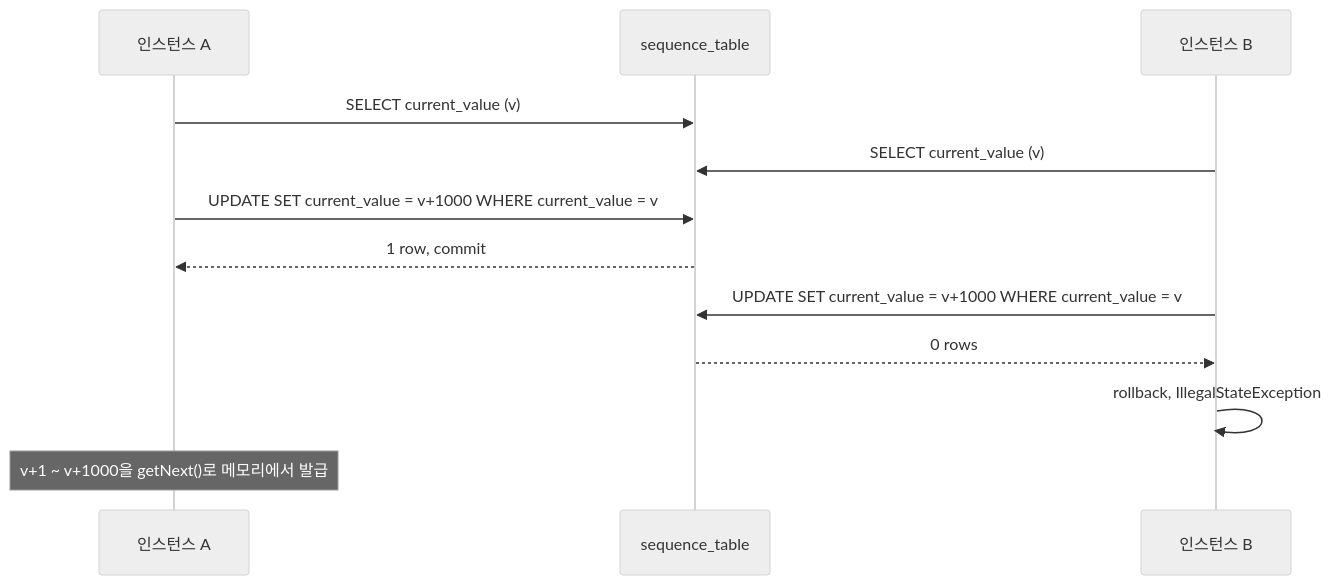
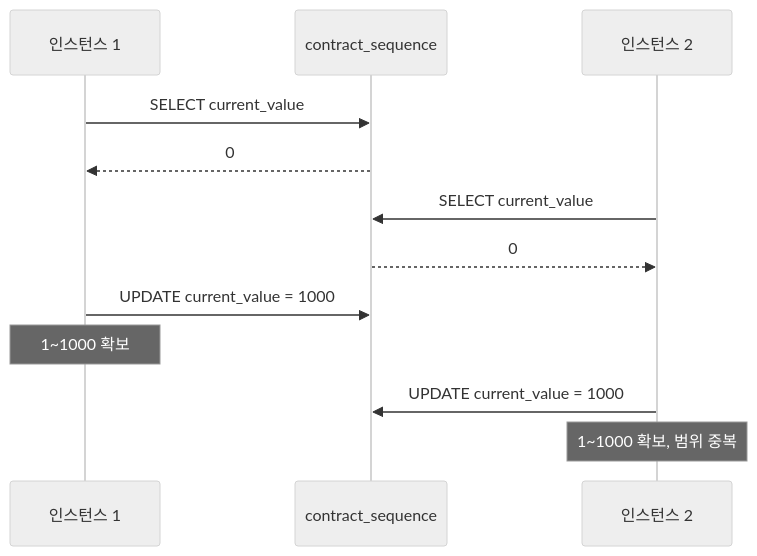
The third of 4 diagrams in _posts/notes/common/2025-05-22-legacy-jsp-system-refactoring-2.md (polynomeer/polynomeer.github.io), drawn with Mermaid (neutral theme) before and after one commit. The commit also changed other lines of this file, not shown here.

Commit message:
docs(notes): rewrite mcp revamp part 2 on the recorded sequence fix

````diff
--- a/_posts/notes/common/2025-05-22-legacy-jsp-system-refactoring-2.md
+++ b/_posts/notes/common/2025-05-22-legacy-jsp-system-refactoring-2.md
@@ -167,14 +145,14 @@
 ```mermaid
 sequenceDiagram
-    participant A as 인스턴스 A
-    participant DB as sequence_table
-    participant B as 인스턴스 B
-    A->>DB: SELECT current_value (v)
-    B->>DB: SELECT current_value (v)
-    A->>DB: UPDATE SET current_value = v+1000 WHERE current_value = v
-    DB-->>A: 1 row, commit
-    B->>DB: UPDATE SET current_value = v+1000 WHERE current_value = v
-    DB-->>B: 0 rows
-    B->>B: rollback, IllegalStateException
-    Note over A: v+1 ~ v+1000을 getNext()로 메모리에서 발급
+    participant I1 as 인스턴스 1
+    participant SEQ as contract_sequence
+    participant I2 as 인스턴스 2
+    I1->>SEQ: SELECT current_value
+    SEQ-->>I1: 0
+    I2->>SEQ: SELECT current_value
+    SEQ-->>I2: 0
+    I1->>SEQ: UPDATE current_value = 1000
+    Note over I1: 1~1000 확보
+    I2->>SEQ: UPDATE current_value = 1000
+    Note over I2: 1~1000 확보, 범위 중복
 ```
````
